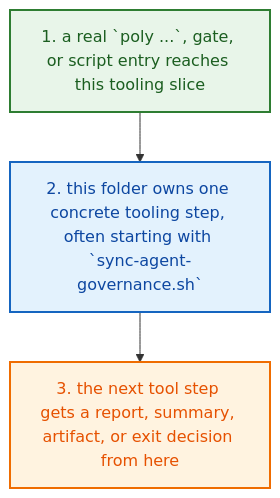
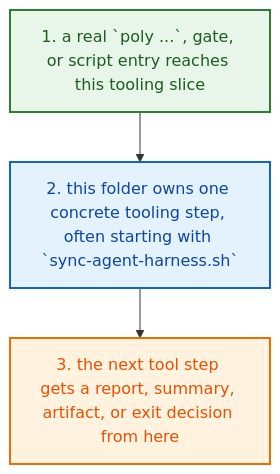
Before and after one commit to shomsy/agent-governance: the first of 3 diagrams in projects/polymoly/system/scripts/governance/how-this-works.md, drawn with Mermaid. The commit also changed other lines of this file and 54 other files, not shown here.

Commit message:
Rebrand to Agent Harness, integrate Universal Memory, ProdOps, and Skills system

````diff
--- a/projects/polymoly/system/scripts/governance/how-this-works.md
+++ b/projects/polymoly/system/scripts/governance/how-this-works.md
@@ -31,9 +31,9 @@
 ```mermaid
 flowchart TD
     classDef step1 fill:#E8F5E9,stroke:#2E7D32,stroke-width:2px,color:#1B5E20;
     classDef step2 fill:#E3F2FD,stroke:#1565C0,stroke-width:2px,color:#0D47A1;
     classDef step3 fill:#FFF3E0,stroke:#EF6C00,stroke-width:2px,color:#E65100;
 
-    A["1. a real `poly ...`, gate, or script entry reaches this tooling slice"]:::step1 --> B["2. this folder owns one concrete tooling step, often starting with `sync-agent-governance.sh`"]:::step2
+    A["1. a real `poly ...`, gate, or script entry reaches this tooling slice"]:::step1 --> B["2. this folder owns one concrete tooling step, often starting with `sync-agent-harness.sh`"]:::step2
     B --> C["3. the next tool step gets a report, summary, artifact, or exit decision from here"]:::step3
 ```
````
